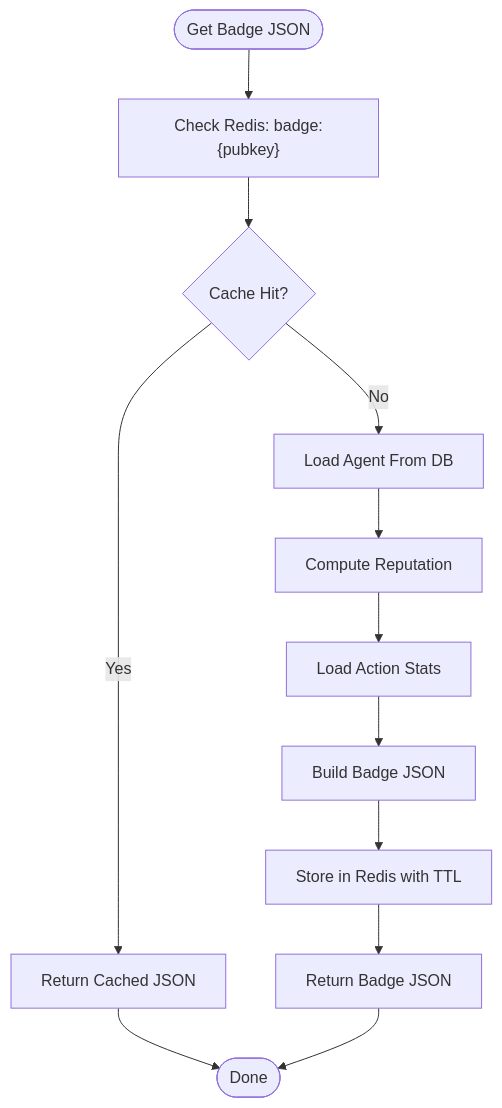
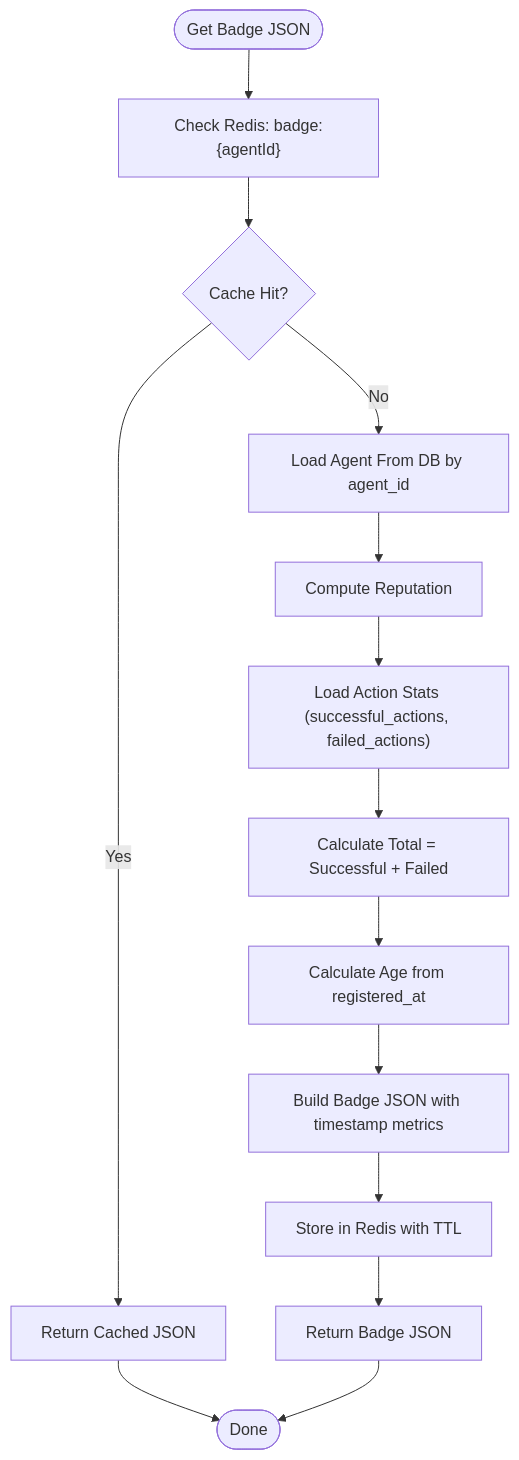
One commit to RunTimeAdmin/AgentID changed the seventh of 9 diagrams in .qoder/repowiki/en/content/Database Design/Database Design.md. Above: the diagram before and after it, drawn with Mermaid. The commit also changed other lines of this file and 31 other files, not shown here.

````diff
--- a/.qoder/repowiki/en/content/Database Design/Database Design.md
+++ b/.qoder/repowiki/en/content/Database Design/Database Design.md
@@ -436,14 +526,16 @@
 ```mermaid
 flowchart TD
-Start(["Get Badge JSON"]) --> CheckCache["Check Redis: badge:{pubkey}"]
+Start(["Get Badge JSON"]) --> CheckCache["Check Redis: badge:{agentId}"]
 CheckCache --> CacheHit{"Cache Hit?"}
 CacheHit --> |Yes| ReturnCache["Return Cached JSON"]
-CacheHit --> |No| LoadAgent["Load Agent From DB"]
+CacheHit --> |No| LoadAgent["Load Agent From DB by agent_id"]
 LoadAgent --> ComputeRep["Compute Reputation"]
-ComputeRep --> LoadActions["Load Action Stats"]
-LoadActions --> BuildBadge["Build Badge JSON"]
+ComputeRep --> LoadActions["Load Action Stats (successful_actions, failed_actions)"]
+LoadActions --> CalcTotal["Calculate Total = Successful + Failed"]
+CalcTotal --> CalcAge["Calculate Age from registered_at"]
+CalcAge --> BuildBadge["Build Badge JSON with timestamp metrics"]
 BuildBadge --> CacheStore["Store in Redis with TTL"]
 CacheStore --> ReturnBadge["Return Badge JSON"]
 ReturnCache --> End(["Done"])
 ReturnBadge --> End
 ```
````
